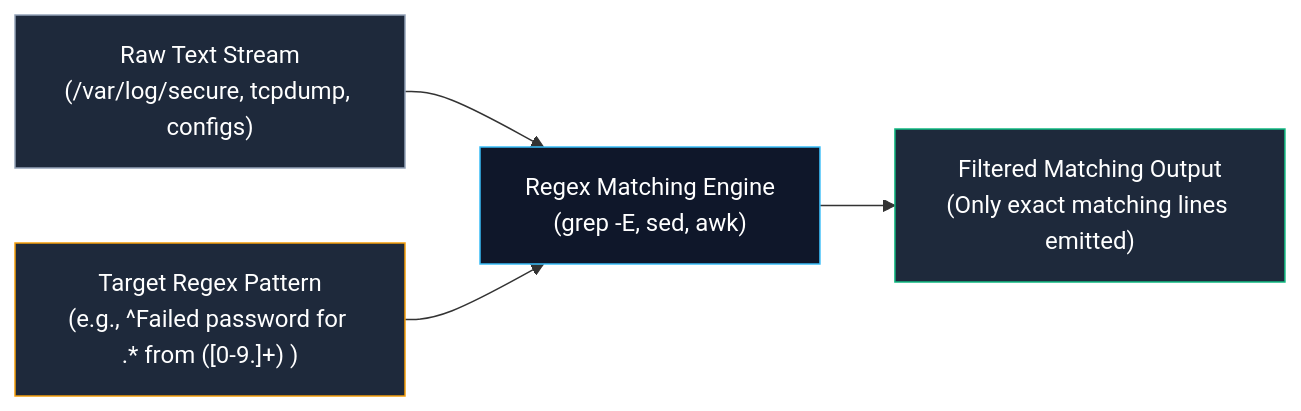
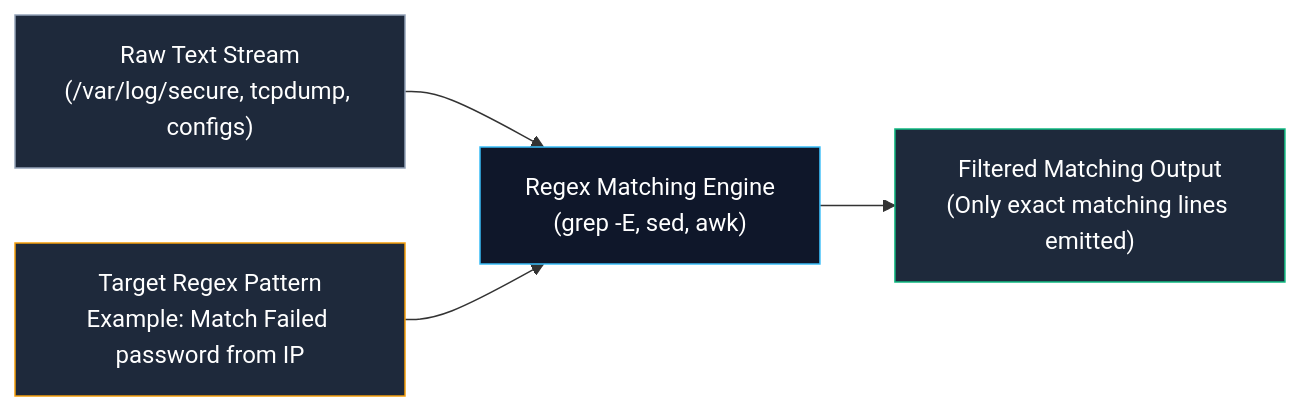
Before and after one commit to Kashif-Mashi/Blue-Team-Handbook: the first of 2 diagrams in System-and-Network-Administrator/04-Networking/02-Regular-Expressions.md, drawn with Mermaid. The commit also changed other lines of this file and 13 other files, not shown here.

Commit message:
Verification & Fixes: Mermaid Diagrams Across the Repository

````diff
--- a/System-and-Network-Administrator/04-Networking/02-Regular-Expressions.md
+++ b/System-and-Network-Administrator/04-Networking/02-Regular-Expressions.md
@@ -36,11 +36,11 @@
 ```mermaid
 flowchart LR
     STREAM["Raw Text Stream<br/>(/var/log/secure, tcpdump, configs)"] --> ENGINE["Regex Matching Engine<br/>(grep -E, sed, awk)"]
-    PATTERN["Target Regex Pattern<br/>(e.g., ^Failed password for .* from ([0-9.]+) )"] --> ENGINE
+    PATTERN["Target Regex Pattern<br/>Example: Match Failed password from IP"] --> ENGINE
     ENGINE --> MATCH["Filtered Matching Output<br/>(Only exact matching lines emitted)"]
 
     style STREAM fill:#1e293b,stroke:#94a3b8,color:#fff
     style PATTERN fill:#1e293b,stroke:#f59e0b,color:#fff
     style ENGINE fill:#0f172a,stroke:#38bdf8,color:#fff
     style MATCH fill:#1e293b,stroke:#10b981,color:#fff
 ```
````
